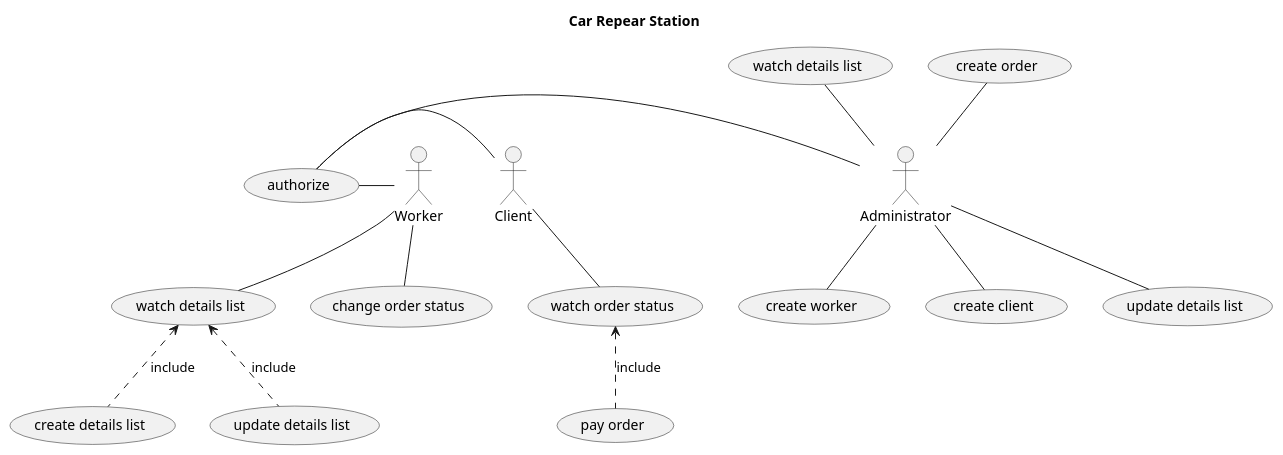
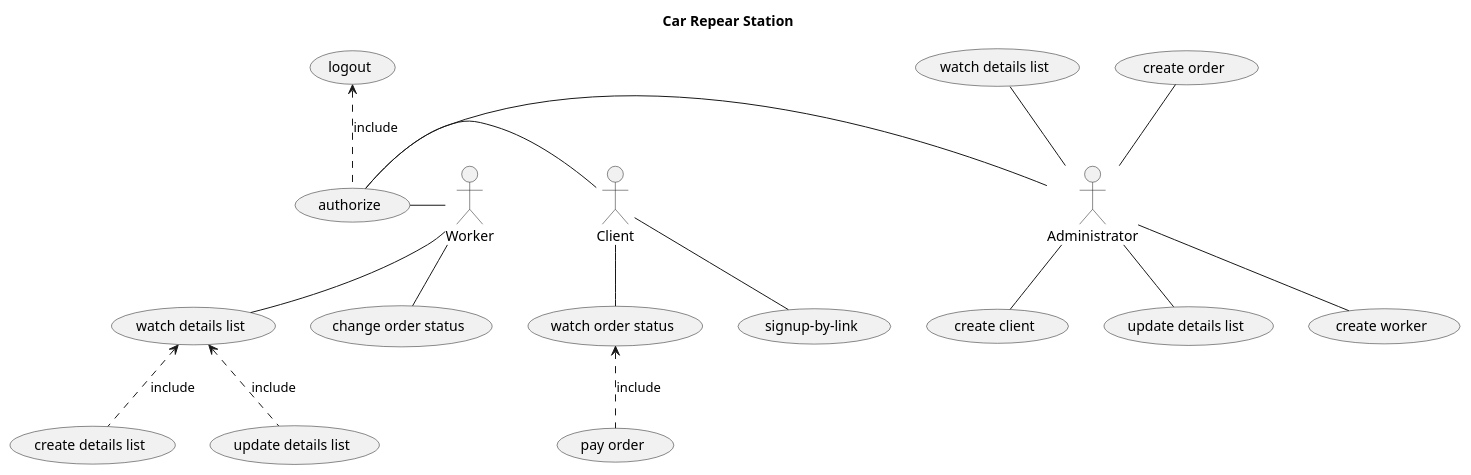
The diagram in diagrams/usecase.puml (Alex-Karpenko28/carRepairStation), drawn with PlantUML before and after one commit. The commit also changed 46 other files, not shown here.

```diff
--- a/diagrams/usecase.puml
+++ b/diagrams/usecase.puml
@@ -1,41 +1,44 @@
 @startuml  Car Repare Station
 
 title Car Repear Station
 
 
 
 :Administrator: as A
 :Worker: as W
 :Client: as C
 
 
 (watch order status) as O
 (pay order) as P
 (watch details list) as WDL
 (create worker) as CW
 (watch details list) as OD
 (create client) as CC
 (authorize) as Au
 (create order) as CO
 (create details list) as CD
 (change order status) as COS
 (update details list) as UDL
 (update details list) as UDL1
-
+(signup-by-link) as SBL
+(logout) as LO
 
 C -- O
+C -- SBL
 P .up.> O : "include"
 CO -- A
 W -- WDL
 A -- CW
 OD -- A
 CD .up.> WDL : "include"
 UDL1 .up.> WDL : "include"
+Au .up.> LO :"include"
 A -- CC
 A -left- Au
 C -left- Au
 W -left- Au
 W -- COS
 A -- UDL
 
 @enduml
```
